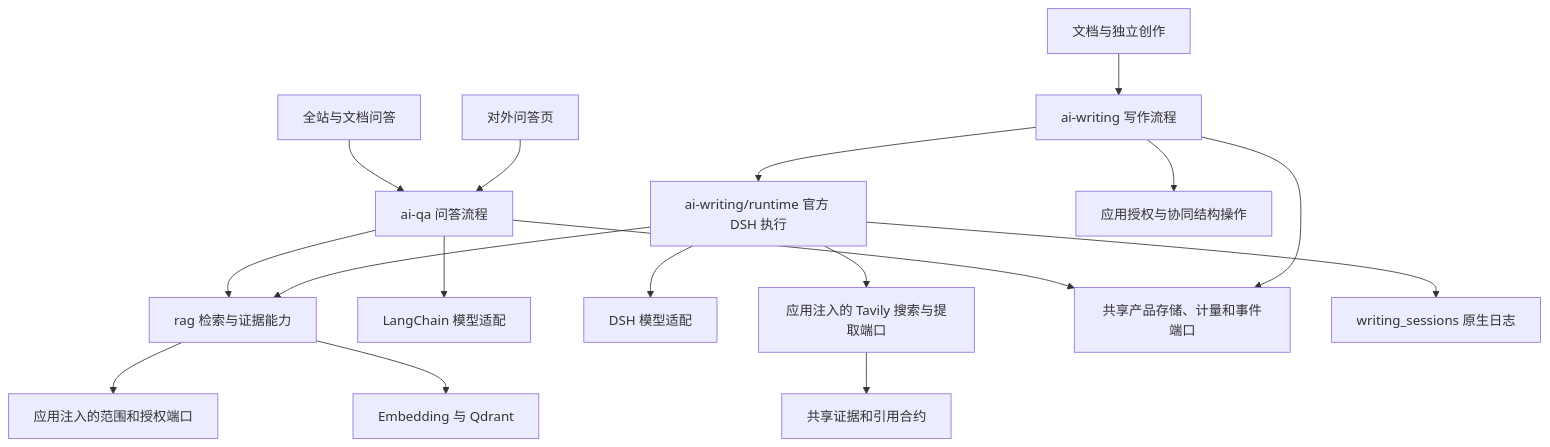
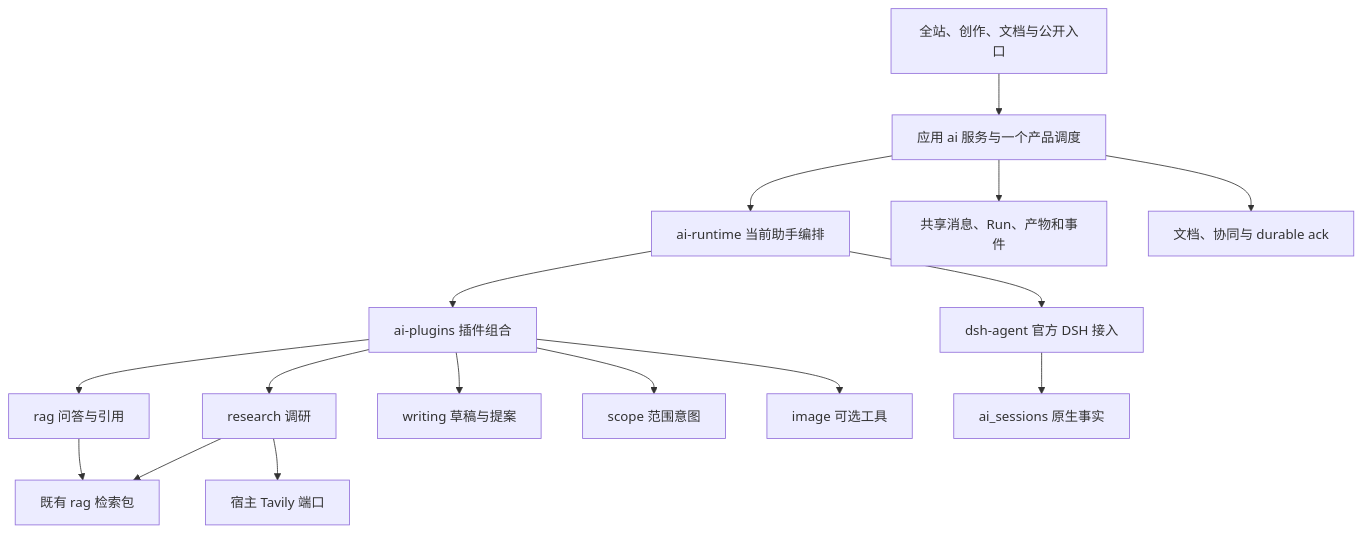
The first of 3 diagrams in docs/apps/ai-assistant-and-public-qa.md (hu-bo/zhishu), drawn with Mermaid before and after one commit. The commit also changed other lines of this file and 201 other files, not shown here.

````diff
--- a/docs/apps/ai-assistant-and-public-qa.md
+++ b/docs/apps/ai-assistant-and-public-qa.md
@@ -64,19 +48,18 @@
 ```mermaid
 flowchart TB
-  Global[全站与文档问答] --> QA[ai-qa 问答流程]
-  Public[对外问答页] --> QA
-  Editor[文档与独立创作] --> Writing[ai-writing 写作流程]
-  QA --> Retrieval[rag 检索与证据能力]
-  Writing --> DSH[ai-writing/runtime 官方 DSH 执行]
-  DSH --> Retrieval
-  QA --> ModelQA[LangChain 模型适配]
-  DSH --> ModelWriting[DSH 模型适配]
-  DSH --> Web[应用注入的 Tavily 搜索与提取端口]
-  Web --> Evidence[共享证据和引用合约]
-  Retrieval --> Scope[应用注入的范围和授权端口]
-  Retrieval --> Vector[Embedding 与 Qdrant]
-  QA --> Store[共享产品存储、计量和事件端口]
-  Writing --> Store
-  DSH --> Native[writing_sessions 原生日志]
-  Writing --> Apply[应用授权与协同结构操作]
+  Entry[全站、创作、文档与公开入口] --> Host[应用 ai 服务与一个产品调度]
+  Host --> Runtime[ai-runtime 当前助手编排]
+  Runtime --> DSH[dsh-agent 官方 DSH 接入]
+  Runtime --> Plugins[ai-plugins 插件组合]
+  Plugins --> QA[rag 问答与引用]
+  Plugins --> Research[research 调研]
+  Plugins --> Writing[writing 草稿与提案]
+  Plugins --> Scope[scope 范围意图]
+  Plugins --> Image[image 可选工具]
+  QA --> Retrieval[既有 rag 检索包]
+  Research --> Retrieval
+  Research --> Web[宿主 Tavily 端口]
+  Host --> Product[共享消息、Run、产物和事件]
+  DSH --> Native[ai_sessions 原生事实]
+  Host --> Documents[文档、协同与 durable ack]
 ```
````
